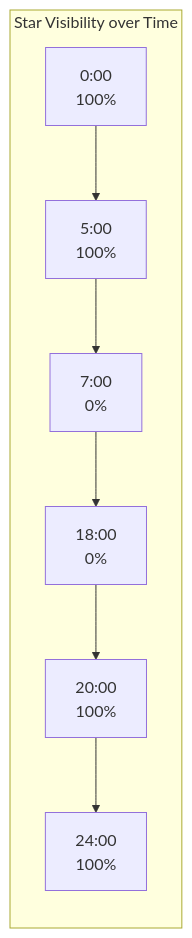
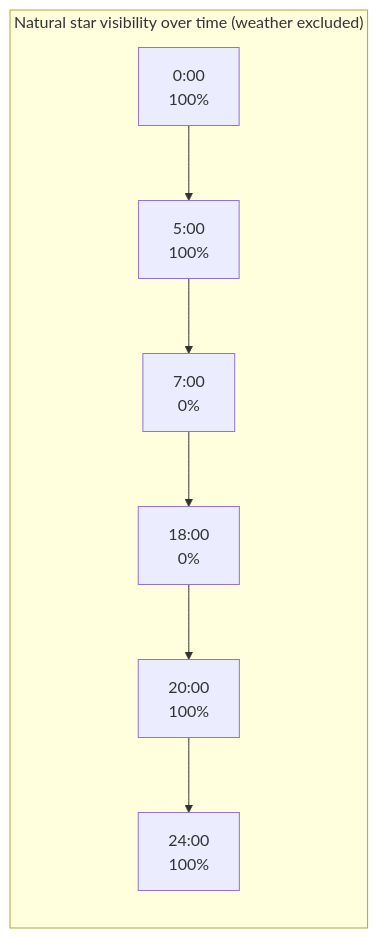
Before and after one commit to baaz777/rift: the fourth of 6 diagrams in docs/TIME_SYSTEM.md, drawn with Mermaid. The commit also changed other lines of this file, not shown here.

Commit message:
📝 Rewrite TIME_SYSTEM for imposed night and the overlay

```diff
--- a/docs/TIME_SYSTEM.md
+++ b/docs/TIME_SYSTEM.md
@@ -243,10 +295,10 @@
 <pre class="mermaid">
 graph LR
-    subgraph Visibility["Star Visibility over Time"]
+    subgraph Visibility["Natural star visibility over time (weather excluded)"]
         T0["0:00<br/>100%"] --> T5["5:00<br/>100%"]
         T5 --> T7["7:00<br/>0%"]
         T7 --> T18["18:00<br/>0%"]
         T18 --> T20["20:00<br/>100%"]
         T20 --> T24["24:00<br/>100%"]
     end
 </pre>
```
